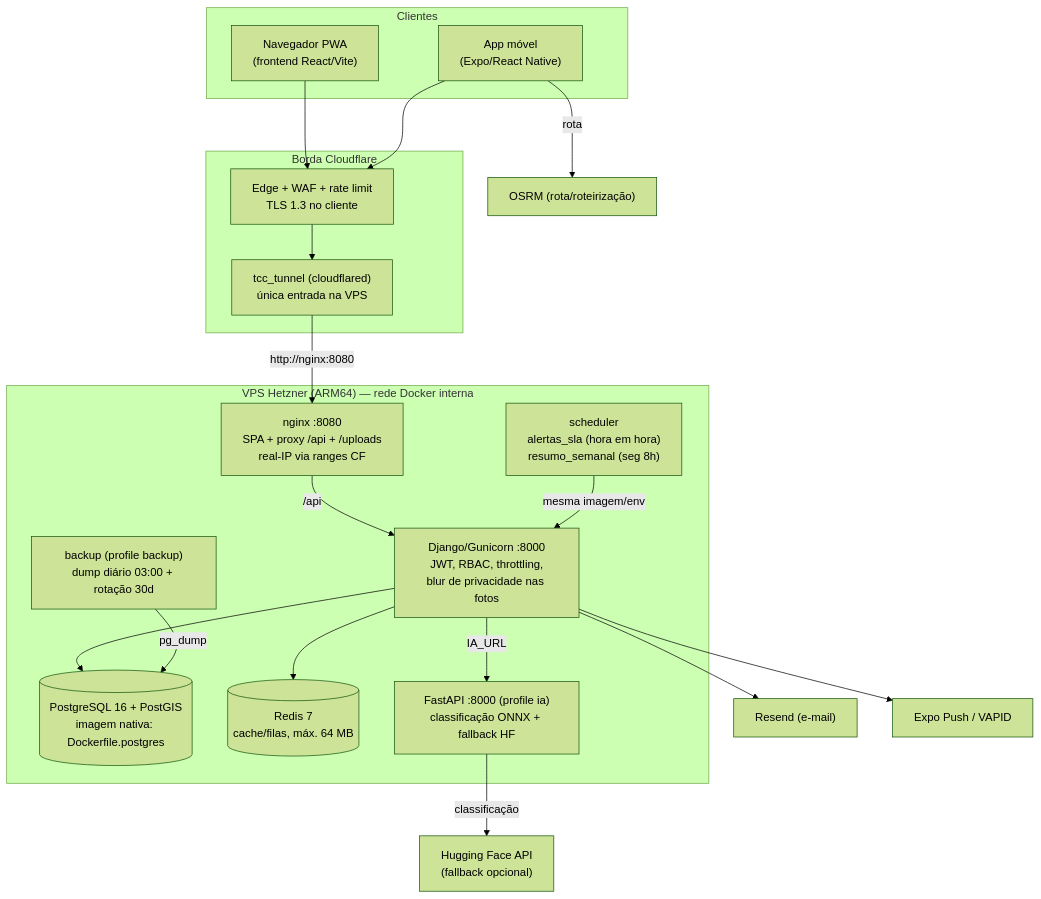
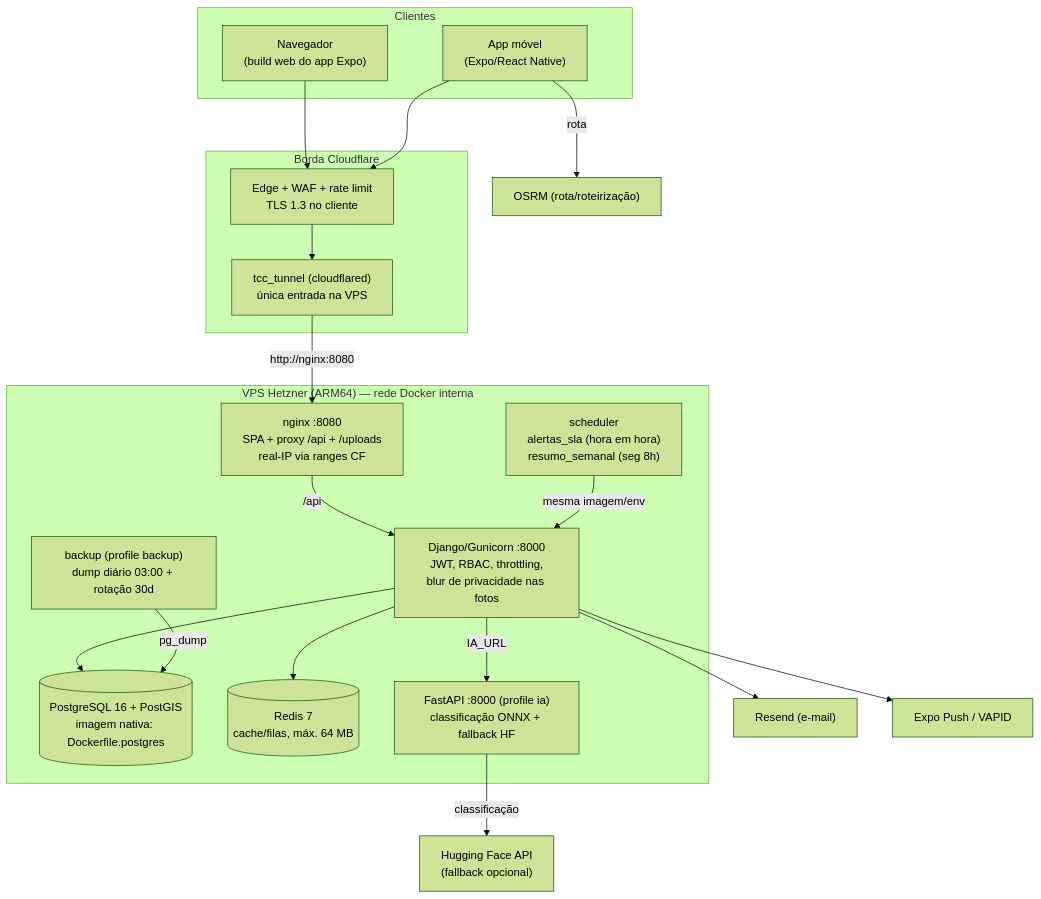
Before and after one commit to josemurilors/tcc-manutencao-urbana: the first of 3 diagrams in docs/arquitetura/diagramas.md, drawn with Mermaid (forest theme). The commit also changed other lines of this file and 106 other files, not shown here.

First line of the commit message:
feat!: o site passa a ser o build web do app Expo; remove o frontend React

````diff
--- a/docs/arquitetura/diagramas.md
+++ b/docs/arquitetura/diagramas.md
@@ -9,42 +9,42 @@
 ```mermaid
 flowchart TB
     subgraph clientes["Clientes"]
-        W["Navegador PWA<br/>(frontend React/Vite)"]
+        W["Navegador<br/>(build web do app Expo)"]
         M["App móvel<br/>(Expo/React Native)"]
     end
 
     subgraph CF["Borda Cloudflare"]
         EDGE["Edge + WAF + rate limit<br/>TLS 1.3 no cliente"]
         TUN["tcc_tunnel (cloudflared)<br/>única entrada na VPS"]
     end
 
     subgraph VPS["VPS Hetzner (ARM64) — rede Docker interna"]
         NG["nginx :8080<br/>SPA + proxy /api + /uploads<br/>real-IP via ranges CF"]
         BE["Django/Gunicorn :8000<br/>JWT, RBAC, throttling,<br/>blur de privacidade nas fotos"]
         SCH["scheduler<br/>alertas_sla (hora em hora)<br/>resumo_semanal (seg 8h)"]
         PG[("PostgreSQL 16 + PostGIS<br/>imagem nativa: Dockerfile.postgres")]
         RD[("Redis 7<br/>cache/filas, máx. 64 MB")]
         IA["FastAPI :8000 (profile ia)<br/>classificação ONNX + fallback HF"]
         BK["backup (profile backup)<br/>dump diário 03:00 + rotação 30d"]
     end
 
     EXT1["Resend (e-mail)"]
     EXT2["Expo Push / VAPID"]
     EXT3["Hugging Face API<br/>(fallback opcional)"]
     EXT4["OSRM (rota/roteirização)"]
 
     W --> EDGE
     M --> EDGE
     EDGE --> TUN
     TUN -->|"http://nginx:8080"| NG
     NG -->|/api| BE
     BE --> PG
     BE --> RD
     BE -->|IA_URL| IA
     IA -->|classificação| EXT3
     BE --> EXT1
     BE --> EXT2
     M -->|rota| EXT4
     SCH -->|mesma imagem/env| BE
     BK -->|pg_dump| PG
 ```
````
